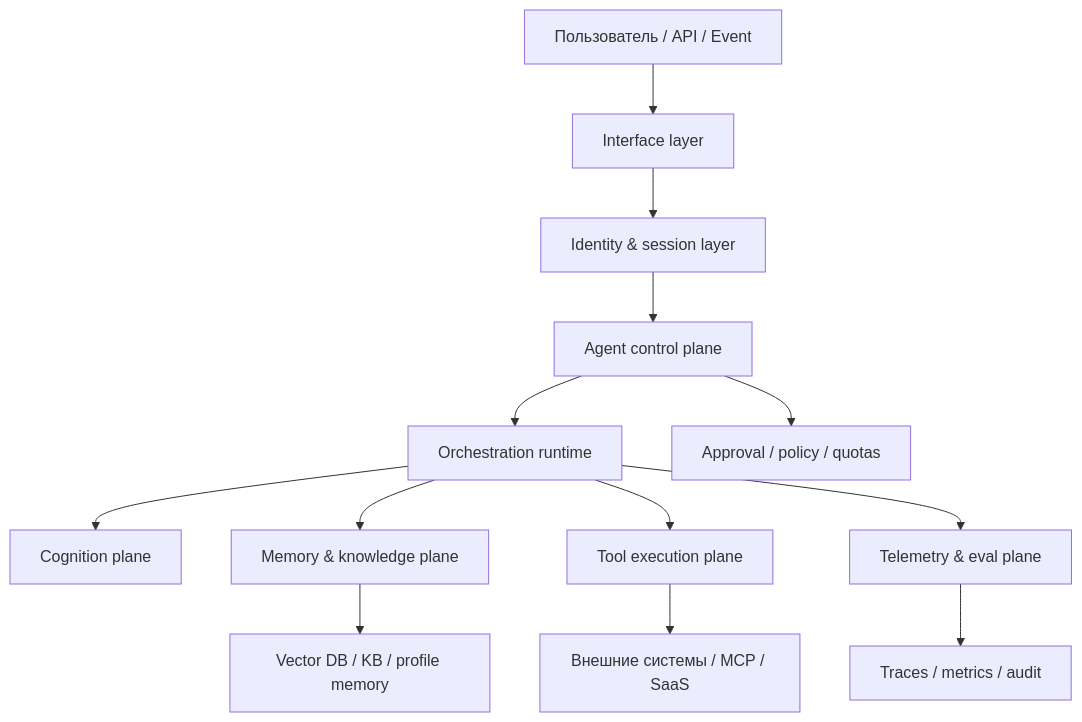
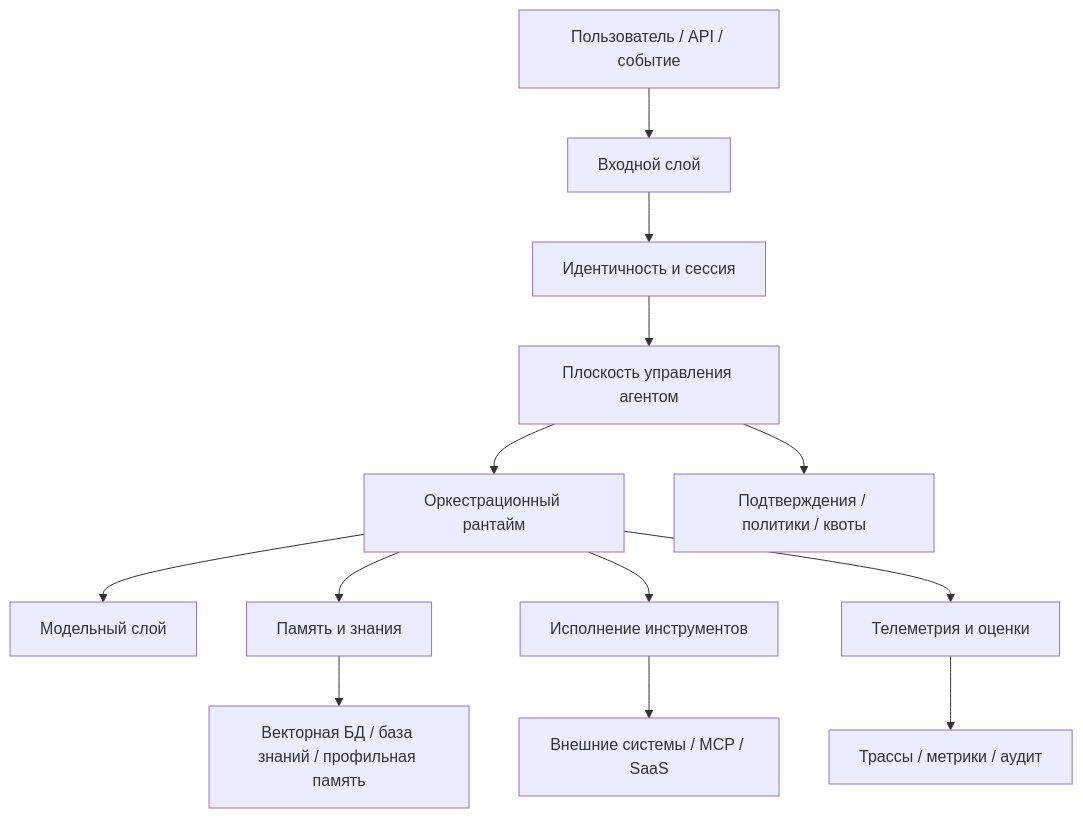
One commit to agent-axiom/agent-arch changed the diagram in docs/book/part-i/chapter-2.md. Above: the diagram before and after it, drawn with Mermaid. The commit also changed other lines of this file, not shown here.

````diff
--- a/docs/book/part-i/chapter-2.md
+++ b/docs/book/part-i/chapter-2.md
@@ -180,15 +180,15 @@
 ``` mermaid
 flowchart TB
-    user["Пользователь / API / Event"] --> interface["Interface layer"]
-    interface --> identity["Identity & session layer"]
-    identity --> control["Agent control plane"]
-    control --> runtime["Orchestration runtime"]
-    runtime --> cognition["Cognition plane"]
-    runtime --> memory["Memory & knowledge plane"]
-    runtime --> tools["Tool execution plane"]
-    runtime --> telemetry["Telemetry & eval plane"]
+    user["Пользователь / API / событие"] --> interface["Входной слой"]
+    interface --> identity["Идентичность и сессия"]
+    identity --> control["Плоскость управления агентом"]
+    control --> runtime["Оркестрационный рантайм"]
+    runtime --> cognition["Модельный слой"]
+    runtime --> memory["Память и знания"]
+    runtime --> tools["Исполнение инструментов"]
+    runtime --> telemetry["Телеметрия и оценки"]
     tools --> external["Внешние системы / MCP / SaaS"]
-    memory --> stores["Vector DB / KB / profile memory"]
-    control --> approval["Approval / policy / quotas"]
-    telemetry --> audit["Traces / metrics / audit"]
+    memory --> stores["Векторная БД / база знаний / профильная память"]
+    control --> approval["Подтверждения / политики / квоты"]
+    telemetry --> audit["Трассы / метрики / аудит"]
 ```
````
